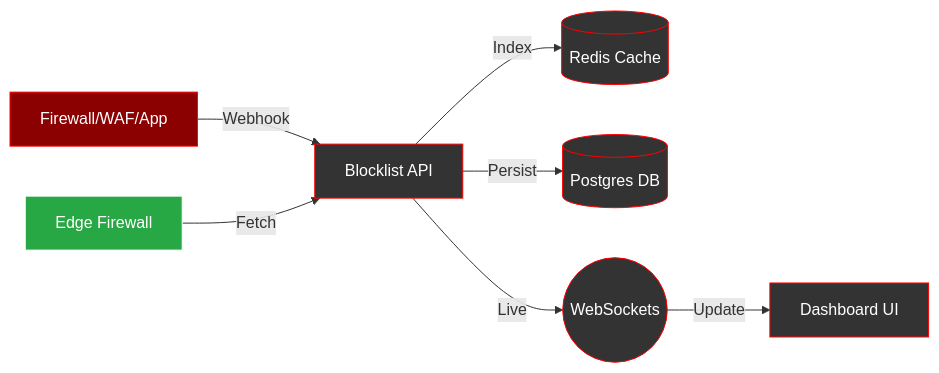
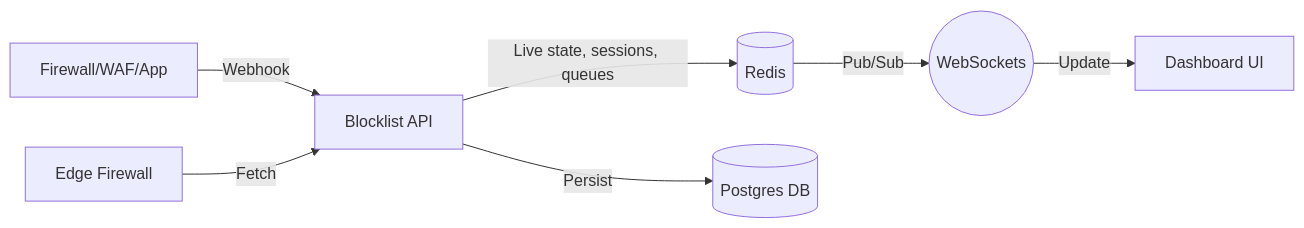
One commit to arumes31/blocklist changed the diagram in README.md. Above: the diagram before and after it, drawn with Mermaid. The commit also changed other lines of this file and 12 other files, not shown here.

````diff
--- a/README.md
+++ b/README.md
@@ -20,17 +37,9 @@
 ```mermaid
 graph LR
     Sources[Firewall/WAF/App] -->|Webhook| API[Blocklist API]
-    API -->|Index| Redis[(Redis Cache)]
+    API -->|Live state, sessions, queues| Redis[(Redis)]
     API -->|Persist| PG[(Postgres DB)]
-    API -->|Live| WS((WebSockets))
+    Redis -->|Pub/Sub| WS((WebSockets))
     WS -->|Update| UI[Dashboard UI]
     Firewall[Edge Firewall] -->|Fetch| API
-    
-    style Sources fill:#8b0000,stroke:#ff0000,color:#fff
-    style API fill:#333,stroke:#ff0000,color:#fff
-    style Redis fill:#333,stroke:#ff0000,color:#fff
-    style PG fill:#333,stroke:#ff0000,color:#fff
-    style WS fill:#333,stroke:#ff0000,color:#fff
-    style UI fill:#333,stroke:#ff0000,color:#fff
-    style Firewall fill:#28a745,stroke:#fff,color:#fff
 ```
````
